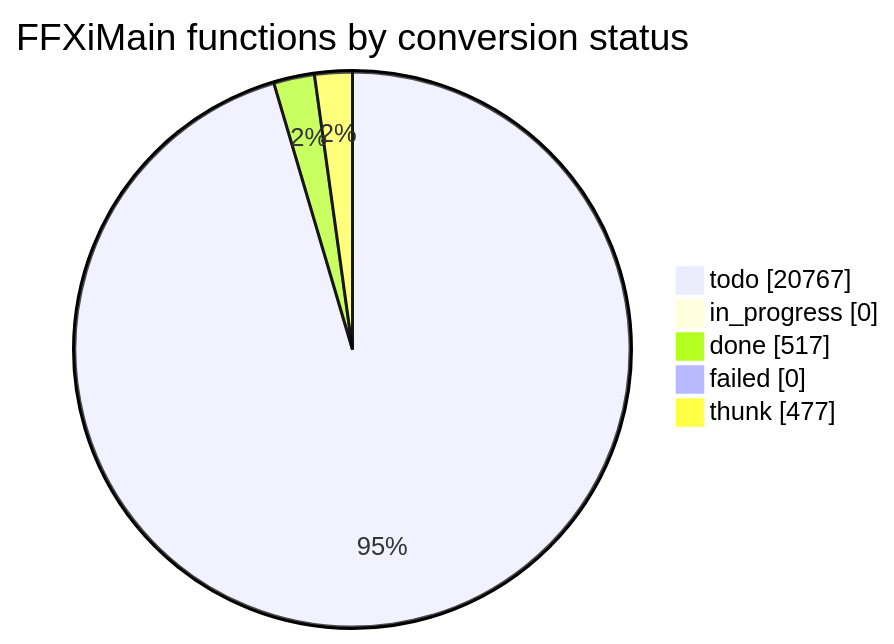
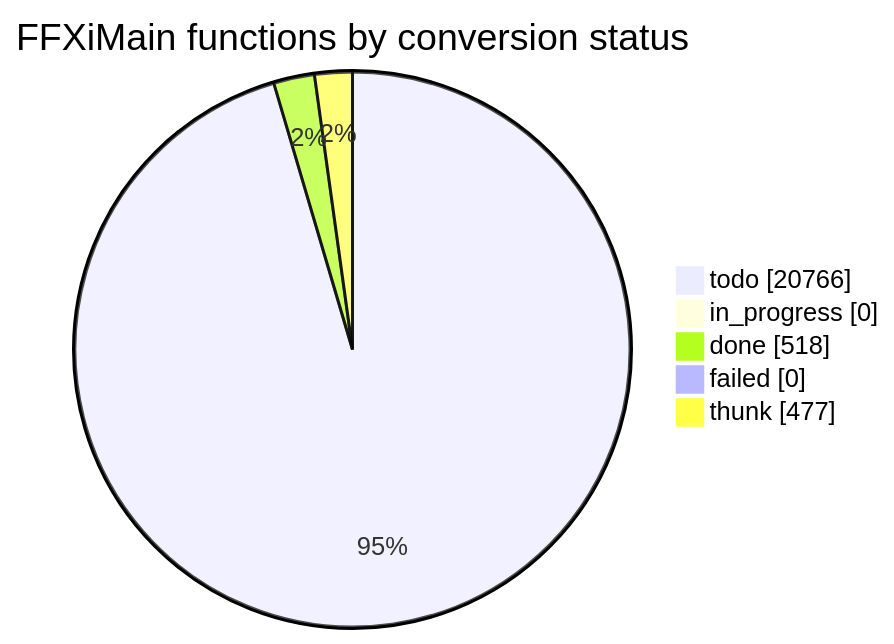
The diagram in docs/cow/STATUS.md (cowrevenge/cow_kuluu_xi_anything), drawn with Mermaid before and after one commit. The commit also changed other lines of this file and 9 other files, not shown here.

````diff
--- a/docs/cow/STATUS.md
+++ b/docs/cow/STATUS.md
@@ -18,9 +18,9 @@
 ```mermaid
 pie showData
     title FFXiMain functions by conversion status
-    "todo" : 20767
+    "todo" : 20766
     "in_progress" : 0
-    "done" : 517
+    "done" : 518
     "failed" : 0
     "thunk" : 477
 ```
````
